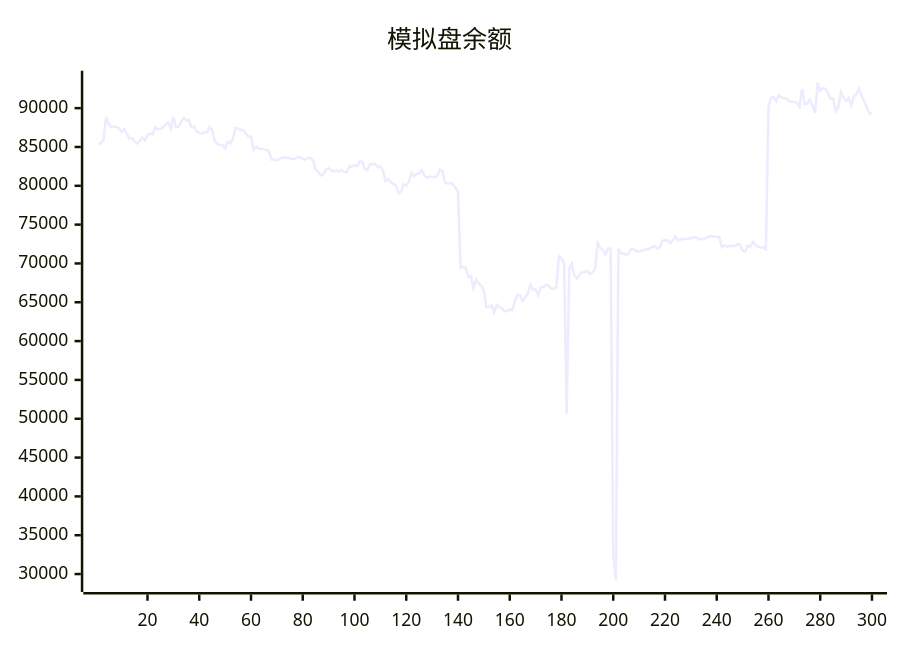
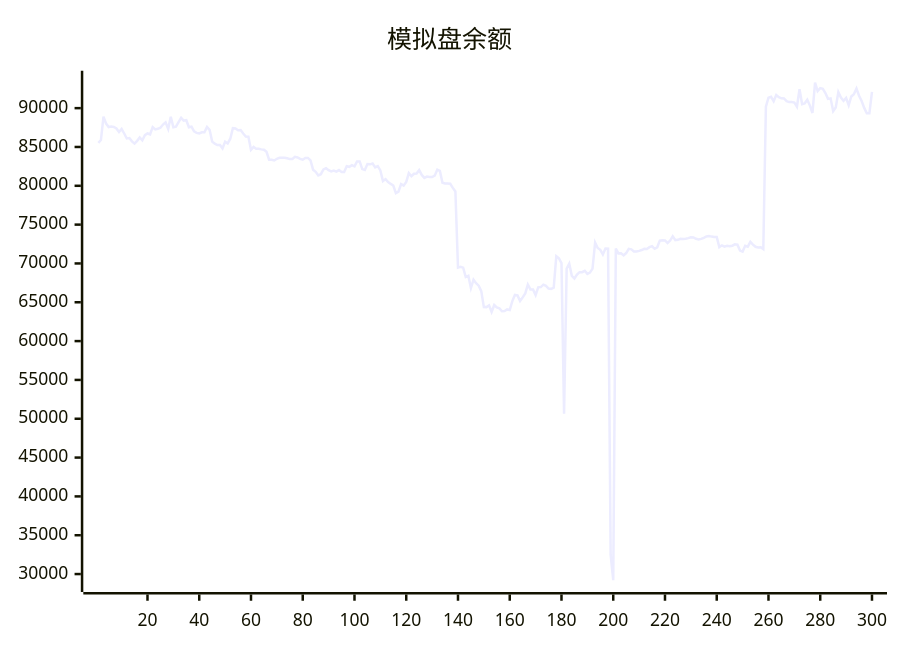
The diagram in README.md (aahl/ai-trading), drawn with Mermaid before and after one commit. The commit also changed other lines of this file and 1 other file, not shown here.

````diff
--- a/README.md
+++ b/README.md
@@ -5,5 +5,5 @@
 ```mermaid
 xychart
     title "模拟盘余额"
-    line [85294,85538,85894,88904,88012,87567,87625,87568,87386,86920,87313,86737,86094,86143,85725,85437,85787,86219,85859,86526,86740,86630,87563,87264,87335,87483,87886,88180,87335,88894,87544,87608,88207,88755,88401,88444,87543,87608,87000,86810,86740,86894,86884,87576,87209,85686,85435,85251,85255,84820,85689,85453,86066,87420,87373,87161,87178,86740,86341,86315,84643,85012,84772,84768,84690,84635,84376,83360,83357,83259,83474,83608,83606,83602,83548,83440,83454,83724,83644,83464,83365,83590,83592,83275,82072,81806,81344,81492,82109,82254,82006,81848,81955,81829,82022,81769,81776,82522,82441,82656,82498,83144,83144,82150,82038,82797,82763,82872,82367,82536,81981,80612,80862,80484,80242,80034,79063,79245,80226,80016,80507,81625,81233,81544,81578,82016,81401,81019,81186,81130,81118,81306,82066,81909,80392,80304,80291,80258,79729,79261,69466,69579,69456,68251,68415,66832,67911,67462,67144,66432,64380,64375,64606,63740,64647,64324,64216,63842,63877,64078,64008,65156,65945,65888,65157,65625,66144,67284,66653,66639,65924,66925,66956,67263,67108,66766,66729,66886,70927,70673,70049,50652,69334,69973,68400,68061,68578,68876,68879,69055,68662,68822,69329,72687,71999,71760,71162,71911,71896,32500,29218,71927,71297,71305,71044,71337,71883,71822,71536,71536,71622,71723,71880,71860,72100,72216,71887,72077,72940,72976,72966,72638,72948,73497,73004,73041,73173,73160,73186,73258,73375,73351,73173,73098,73161,73305,73474,73536,73457,73413,73412,72100,72333,72164,72272,72204,72285,72461,72421,71652,71521,72267,72157,72774,72424,72144,72060,72091,71858,90185,91338,91466,90900,91678,91404,91268,91244,90903,90779,90787,90721,90187,92429,90518,90619,91070,90328,89376,93286,92202,92581,92485,91947,91196,91259,89619,90086,92063,91355,90950,91327,90373,91498,91800,92531,91603,90910,90031,89351,89334]
+    line [85538,85894,88904,88012,87567,87625,87568,87386,86920,87313,86737,86094,86143,85725,85437,85787,86219,85859,86526,86740,86630,87563,87264,87335,87483,87886,88180,87335,88894,87544,87608,88207,88755,88401,88444,87543,87608,87000,86810,86740,86894,86884,87576,87209,85686,85435,85251,85255,84820,85689,85453,86066,87420,87373,87161,87178,86740,86341,86315,84643,85012,84772,84768,84690,84635,84376,83360,83357,83259,83474,83608,83606,83602,83548,83440,83454,83724,83644,83464,83365,83590,83592,83275,82072,81806,81344,81492,82109,82254,82006,81848,81955,81829,82022,81769,81776,82522,82441,82656,82498,83144,83144,82150,82038,82797,82763,82872,82367,82536,81981,80612,80862,80484,80242,80034,79063,79245,80226,80016,80507,81625,81233,81544,81578,82016,81401,81019,81186,81130,81118,81306,82066,81909,80392,80304,80291,80258,79729,79261,69466,69579,69456,68251,68415,66832,67911,67462,67144,66432,64380,64375,64606,63740,64647,64324,64216,63842,63877,64078,64008,65156,65945,65888,65157,65625,66144,67284,66653,66639,65924,66925,66956,67263,67108,66766,66729,66886,70927,70673,70049,50652,69334,69973,68400,68061,68578,68876,68879,69055,68662,68822,69329,72687,71999,71760,71162,71911,71896,32500,29218,71927,71297,71305,71044,71337,71883,71822,71536,71536,71622,71723,71880,71860,72100,72216,71887,72077,72940,72976,72966,72638,72948,73497,73004,73041,73173,73160,73186,73258,73375,73351,73173,73098,73161,73305,73474,73536,73457,73413,73412,72100,72333,72164,72272,72204,72285,72461,72421,71652,71521,72267,72157,72774,72424,72144,72060,72091,71858,90185,91338,91466,90900,91678,91404,91268,91244,90903,90779,90787,90721,90187,92429,90518,90619,91070,90328,89376,93286,92202,92581,92485,91947,91196,91259,89619,90086,92063,91355,90950,91327,90373,91498,91800,92531,91603,90910,90031,89351,89334,92097]
 ```
````
